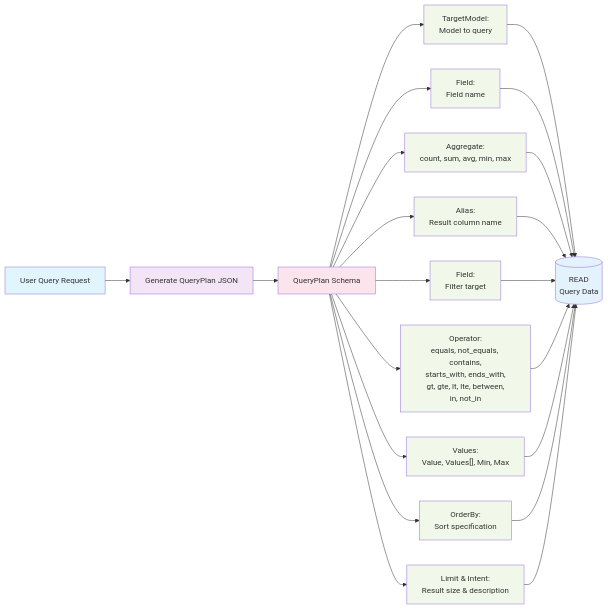
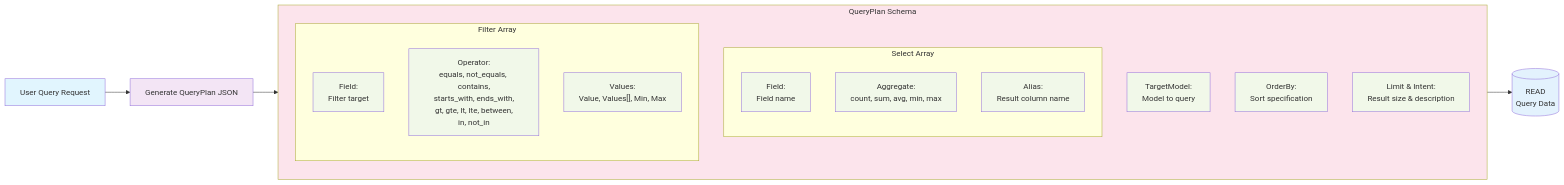
One commit to Mutilar/Marp changed the fourth of 4 diagrams in genux.md. Above: the diagram before and after it, drawn with Mermaid.

````diff
--- a/genux.md
+++ b/genux.md
@@ -164,40 +164,47 @@
 ```mermaid
 flowchart LR
     A[User Query Request] --> B[Generate QueryPlan JSON]
     
     %% QueryPlan Components
     B --> H[QueryPlan Schema]
-    H --> H1["TargetModel:<br/>Model to query"]
-    H --> H2A["Field:<br/>Field name"]
-    H --> H2B["Aggregate:<br/>count, sum, avg, min, max"]
-    H --> H2C["Alias:<br/>Result column name"]
-    H --> H3A["Field:<br/>Filter target"]
-    H --> H3B["Operator:<br/>equals, not_equals, contains,<br/>starts_with, ends_with,<br/>gt, gte, lt, lte, between,<br/>in, not_in"]
-    H --> H3C["Values:<br/>Value, Values[], Min, Max"]
-    H --> H4["OrderBy:<br/>Sort specification"]
-    H --> H5["Limit & Intent:<br/>Result size & description"]
+    
+    subgraph H["QueryPlan Schema"]
+        direction TB
+        H1["TargetModel:<br/>Model to query"]
+        H2[Select Array]
+        H3[Filter Array]
+        H4["OrderBy:<br/>Sort specification"]
+        H5["Limit & Intent:<br/>Result size & description"]
+        
+        subgraph H2["Select Array"]
+            direction TB
+            H2A["Field:<br/>Field name"]
+            H2B["Aggregate:<br/>count, sum, avg, min, max"]
+            H2C["Alias:<br/>Result column name"]
+        end
+        
+        subgraph H3["Filter Array"]
+            direction TB
+            H3A["Field:<br/>Filter target"]
+            H3B["Operator:<br/>equals, not_equals, contains,<br/>starts_with, ends_with,<br/>gt, gte, lt, lte, between,<br/>in, not_in"]
+            H3C["Values:<br/>Value, Values[], Min, Max"]
+        end
+    end
     
     %% Database Operations
-    H1 --> J[("READ<br/>Query Data")]
-    H2A --> J
-    H2B --> J
-    H2C --> J
-    H3A --> J
-    H3B --> J
-    H3C --> J
-    H4 --> J
-    H5 --> J
+    H --> J[("READ<br/>Query Data")]
     
     %% Styling
     classDef userInput fill:#e1f5fe
     classDef process fill:#f3e5f5
     classDef schema fill:#fce4ec
     classDef detail fill:#f1f8e9
     classDef database fill:#e3f2fd
     
     class A userInput
     class B process
     class H schema
-    class H1,H2A,H2B,H2C,H3A,H3B,H3C,H4,H5 detail
+    class H1,H4,H5 detail
+    class H2A,H2B,H2C,H3A,H3B,H3C detail
     class J database
 ```
````
